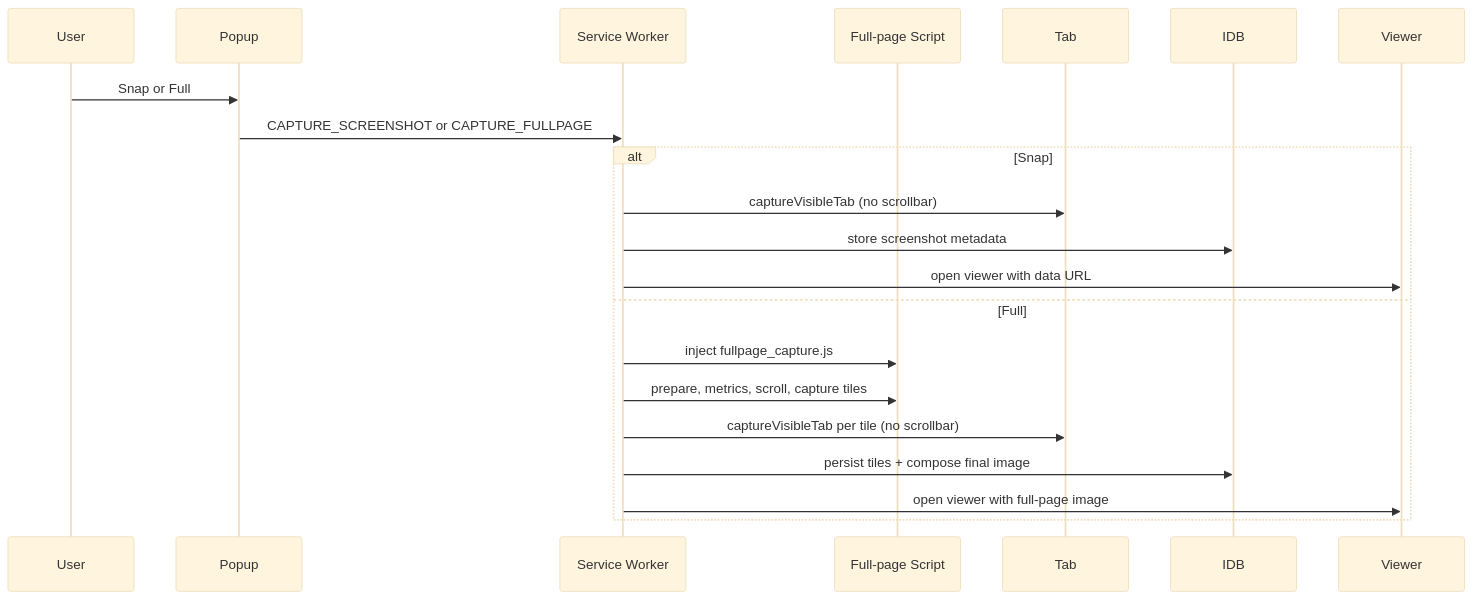
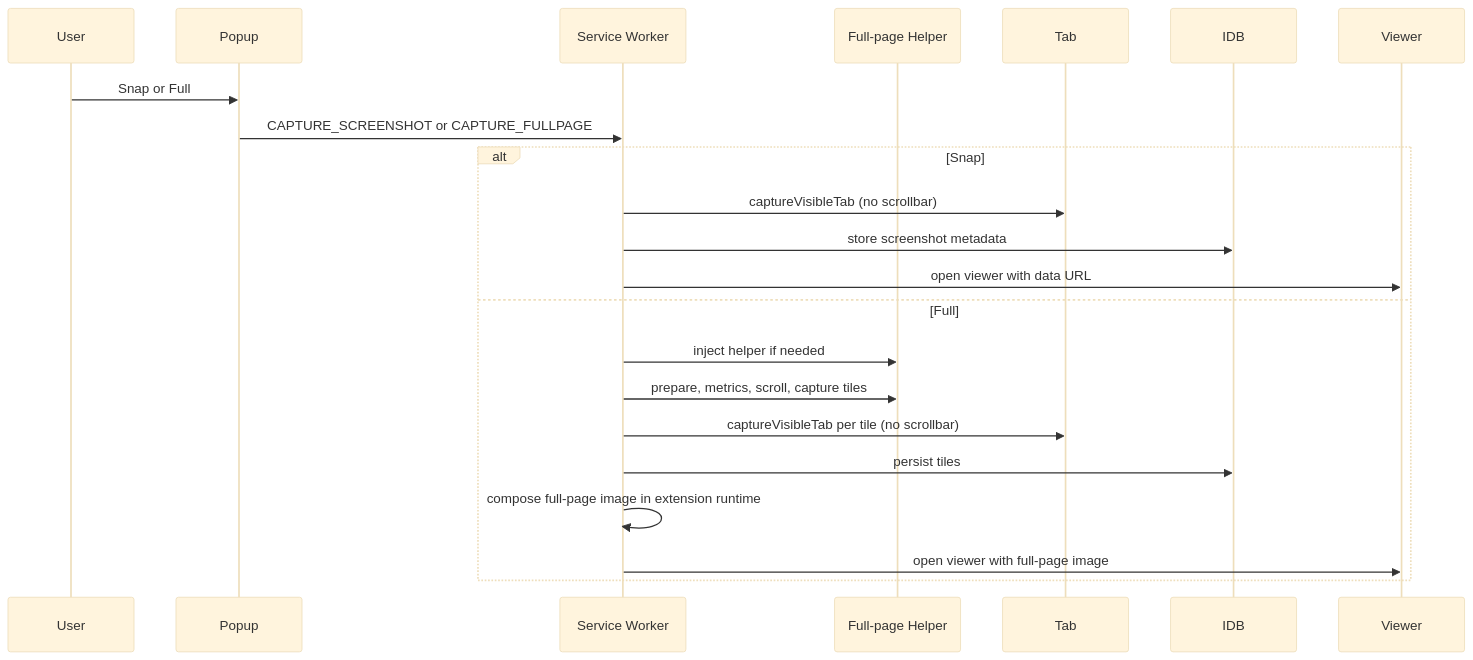
The third of 7 diagrams in extension/docs/architecture/repro-architecture-v1.md (Kishorekomminenik/CleanrMLP1), drawn with Mermaid (base theme) before and after one commit. The commit also changed other lines of this file, not shown here.

Commit message:
Refresh Repro V1 architecture diagrams

````diff
--- a/extension/docs/architecture/repro-architecture-v1.md
+++ b/extension/docs/architecture/repro-architecture-v1.md
@@ -90,25 +92,26 @@
 ```mermaid
 sequenceDiagram
   participant User
   participant Popup
   participant SW as Service Worker
-  participant CS as Full-page Script
+  participant CS as Full-page Helper
   participant Tab
   participant IDB
   participant Viewer
 
   User->>Popup: Snap or Full
   Popup->>SW: CAPTURE_SCREENSHOT or CAPTURE_FULLPAGE
 
   alt Snap
     SW->>Tab: captureVisibleTab (no scrollbar)
     SW->>IDB: store screenshot metadata
     SW->>Viewer: open viewer with data URL
   else Full
-    SW->>CS: inject fullpage_capture.js
+    SW->>CS: inject helper if needed
     SW->>CS: prepare, metrics, scroll, capture tiles
     SW->>Tab: captureVisibleTab per tile (no scrollbar)
-    SW->>IDB: persist tiles + compose final image
+    SW->>IDB: persist tiles
+    SW->>SW: compose full-page image in extension runtime
     SW->>Viewer: open viewer with full-page image
   end
 ```
````
